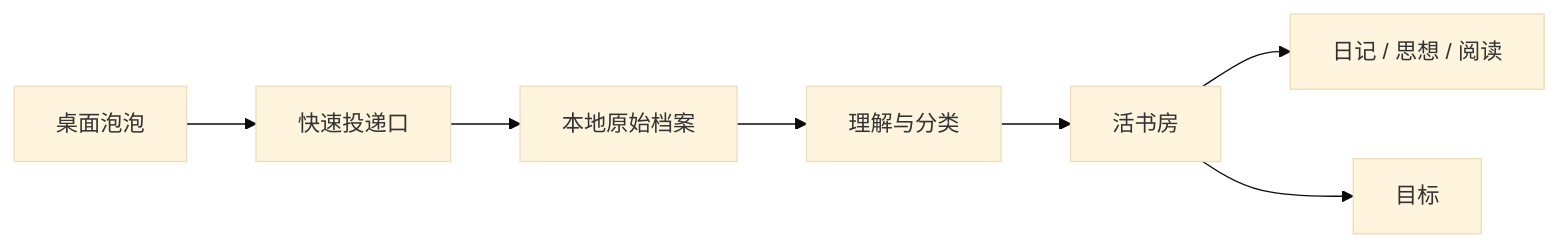
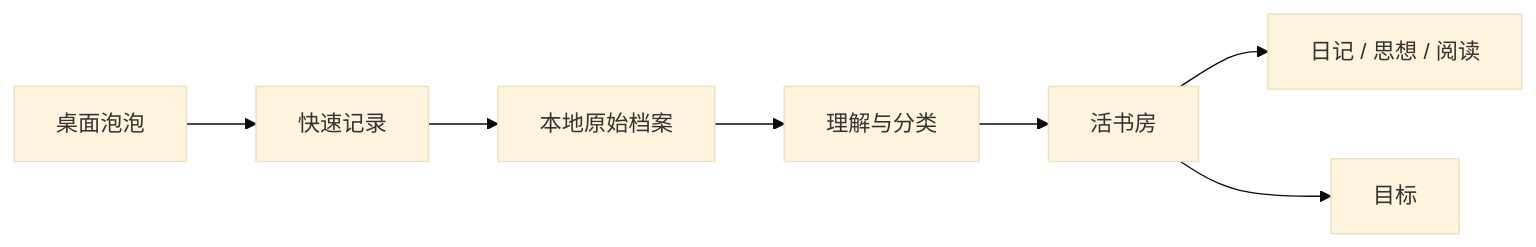
The diagram in README.md (74stars/paopao-ai-avatar-agent), drawn with Mermaid (base theme) before and after one commit. The commit also changed other lines of this file and 18 other files, not shown here.

````diff
--- a/README.md
+++ b/README.md
@@ -43,9 +45,9 @@
 ```mermaid
 flowchart LR
-  Pet[桌面泡泡] --> Capture[快速投递口]
+  Pet[桌面泡泡] --> Capture[快速记录]
   Capture --> Raw[本地原始档案]
   Raw --> AI[理解与分类]
   AI --> Books[活书房]
   Books --> Diary[日记 / 思想 / 阅读]
   Books --> Goals[目标]
 ```
````
